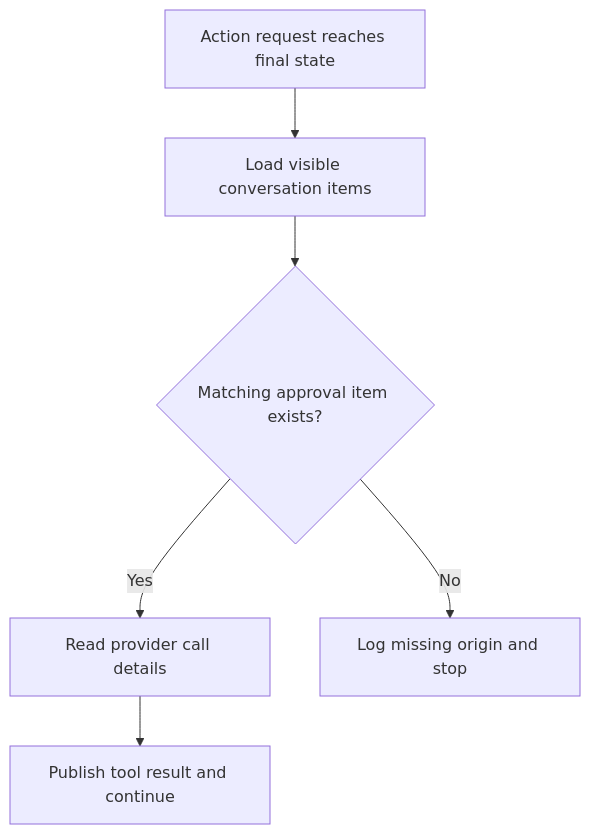
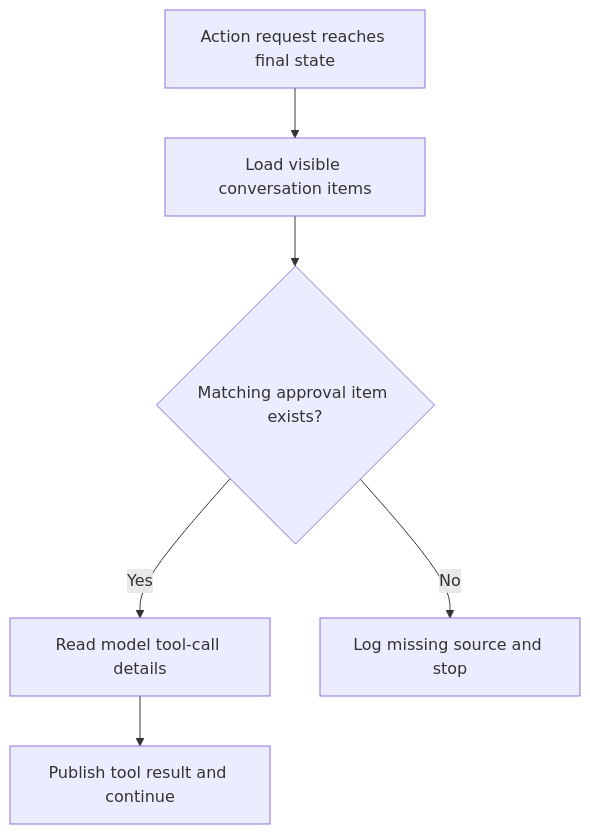
One commit to kpsuperplane/Noema changed the seventh of 29 diagrams in docs/superpowers/plans/2026-08-08-noema-practical-reliability-roadmap.md. Above: the diagram before and after it, drawn with Mermaid. The commit also changed other lines of this file, not shown here.

Commit message:
docs: apply plain terms across roadmap

````diff
--- a/docs/superpowers/plans/2026-08-08-noema-practical-reliability-roadmap.md
+++ b/docs/superpowers/plans/2026-08-08-noema-practical-reliability-roadmap.md
@@ -584,13 +594,13 @@
 ```mermaid
 flowchart TD
     A["Action request reaches final state"]
     B["Load visible conversation items"]
     C{"Matching approval item exists?"}
-    D["Read provider call details"]
+    D["Read model tool-call details"]
     E["Publish tool result and continue"]
-    F["Log missing origin and stop"]
+    F["Log missing source and stop"]
 
     A --> B --> C
     C -->|Yes| D --> E
     C -->|No| F
 ```
````
